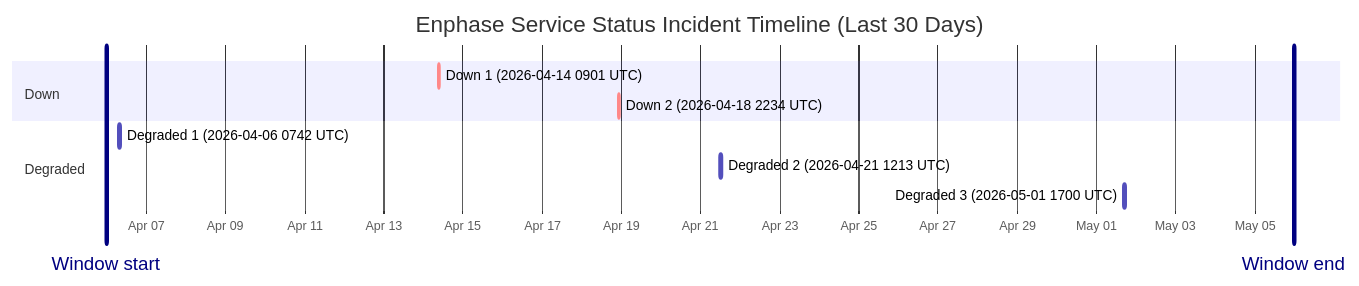
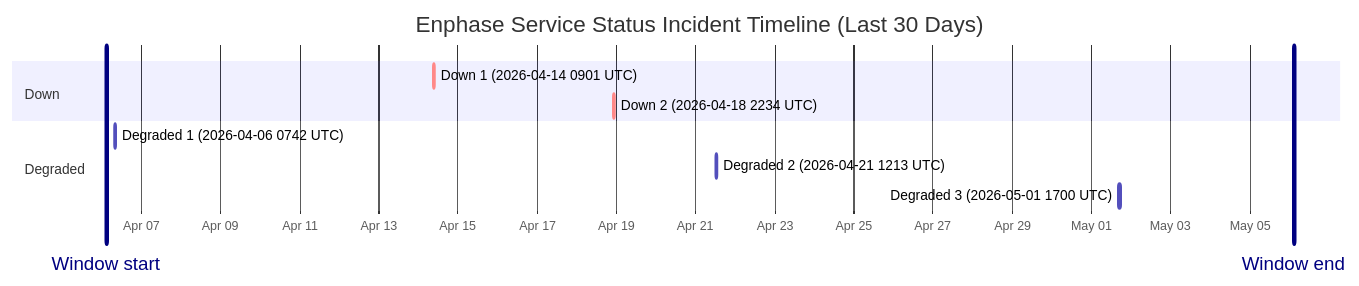
Before and after one commit to barneyonline/ha-enphase-ev-charger: the diagram in wiki/Service-Status-History.md, drawn with Mermaid. The commit also changed other lines of this file and 3 other files, not shown here.

````diff
--- a/wiki/Service-Status-History.md
+++ b/wiki/Service-Status-History.md
@@ -14,15 +14,15 @@
 ```mermaid
 gantt
     title Enphase Service Status Incident Timeline (Last 30 Days)
     dateFormat  YYYY-MM-DDTHH:mm:ss
     axisFormat  %b %d
-    Window start :vert, window-start, 2026-04-05T23:46:12, 0ms
-    Window end :vert, window-end, 2026-05-05T23:46:12, 0ms
+    Window start :vert, window-start, 2026-04-06T02:44:13, 0ms
+    Window end :vert, window-end, 2026-05-06T02:44:13, 0ms
     section Down
     Down 1 (2026-04-14 0901 UTC) :crit, down-1, 2026-04-14T09:01:13, 60m
     Down 2 (2026-04-18 2234 UTC) :crit, down-2, 2026-04-18T22:34:13, 60m
     section Degraded
     Degraded 1 (2026-04-06 0742 UTC) :active, degraded-1, 2026-04-06T07:42:09, 85m
     Degraded 2 (2026-04-21 1213 UTC) :active, degraded-2, 2026-04-21T12:13:11, 60m
     Degraded 3 (2026-05-01 1700 UTC) :active, degraded-3, 2026-05-01T17:00:22, 60m
 ```
````
